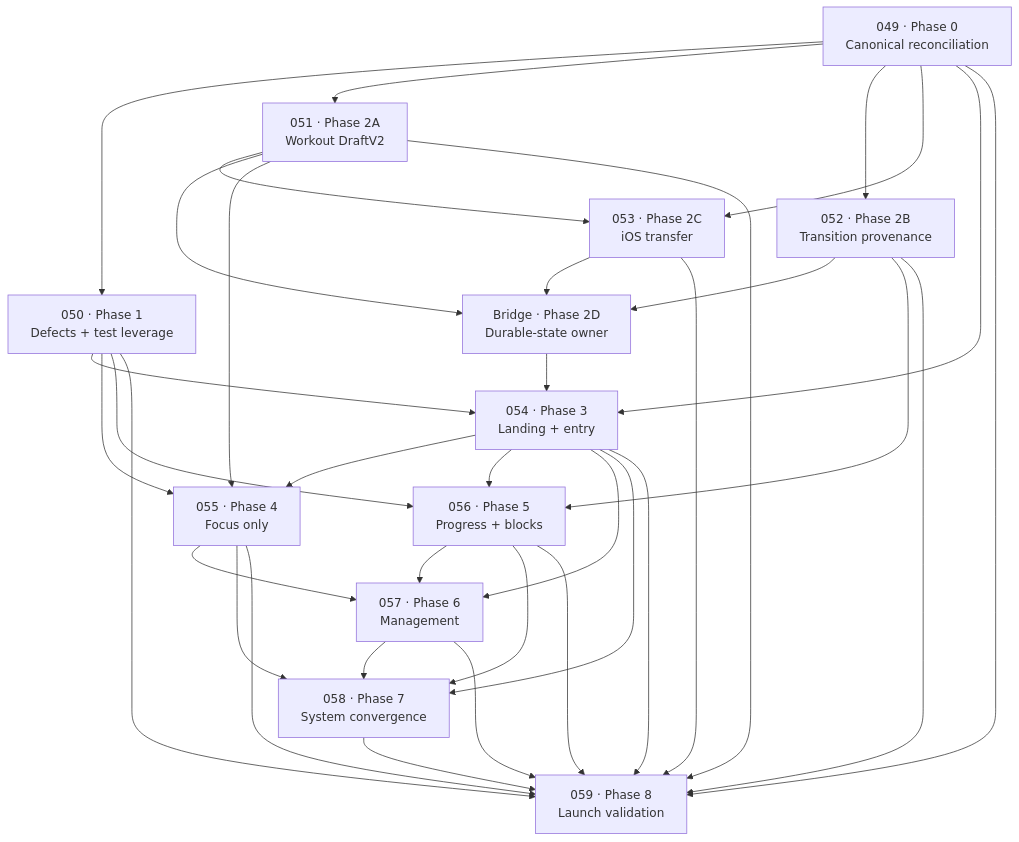
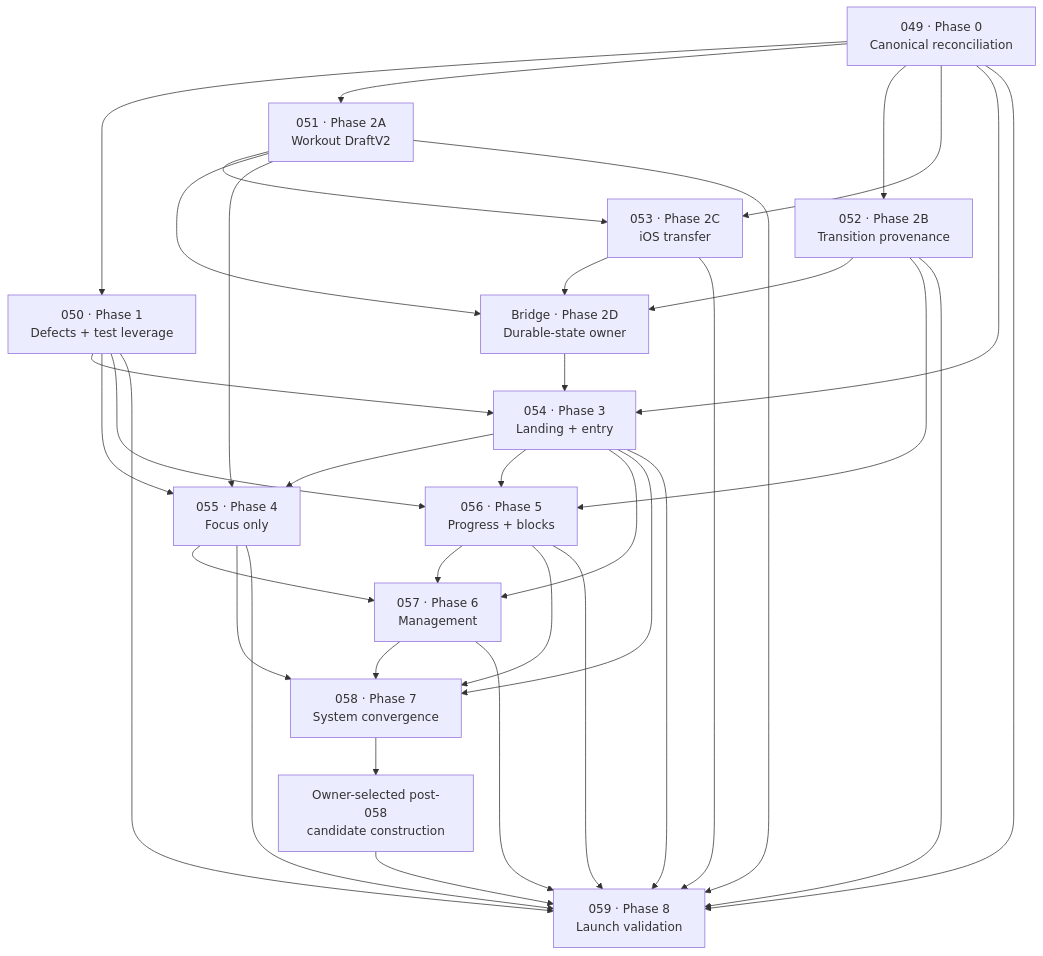
One commit to pedrochagasmaster/repforge changed the diagram in docs/ui-overhaul-implementation-sequence.md. Above: the diagram before and after it, drawn with Mermaid. The commit also changed other lines of this file and 4 other files, not shown here.

Commit message:
docs: sequence post-058 candidate construction

````diff
--- a/docs/ui-overhaul-implementation-sequence.md
+++ b/docs/ui-overhaul-implementation-sequence.md
@@ -118,56 +118,58 @@
 ```mermaid
 flowchart TD
   P049["049 · Phase 0<br/>Canonical reconciliation"]
   P050["050 · Phase 1<br/>Defects + test leverage"]
   P051["051 · Phase 2A<br/>Workout DraftV2"]
   P052["052 · Phase 2B<br/>Transition provenance"]
   P053["053 · Phase 2C<br/>iOS transfer"]
   BRIDGE["Bridge · Phase 2D<br/>Durable-state owner"]
   P054["054 · Phase 3<br/>Landing + entry"]
   P055["055 · Phase 4<br/>Focus only"]
   P056["056 · Phase 5<br/>Progress + blocks"]
   P057["057 · Phase 6<br/>Management"]
   P058["058 · Phase 7<br/>System convergence"]
+  POST058["Owner-selected post-058<br/>candidate construction"]
   P059["059 · Phase 8<br/>Launch validation"]
 
   P049 --> P050
   P049 --> P051
   P049 --> P052
   P049 --> P053
   P051 --> P053
 
   P049 --> P054
   P050 --> P054
   P051 --> BRIDGE
   P052 --> BRIDGE
   P053 --> BRIDGE
   BRIDGE --> P054
 
   P050 --> P055
   P051 --> P055
   P054 --> P055
 
   P050 --> P056
   P052 --> P056
   P054 --> P056
 
   P054 --> P057
   P055 --> P057
   P056 --> P057
 
   P054 --> P058
   P055 --> P058
   P056 --> P058
   P057 --> P058
 
   P049 --> P059
   P050 --> P059
   P051 --> P059
   P052 --> P059
   P053 --> P059
   P054 --> P059
   P055 --> P059
   P056 --> P059
   P057 --> P059
-  P058 --> P059
+  P058 --> POST058
+  POST058 --> P059
 ```
````
